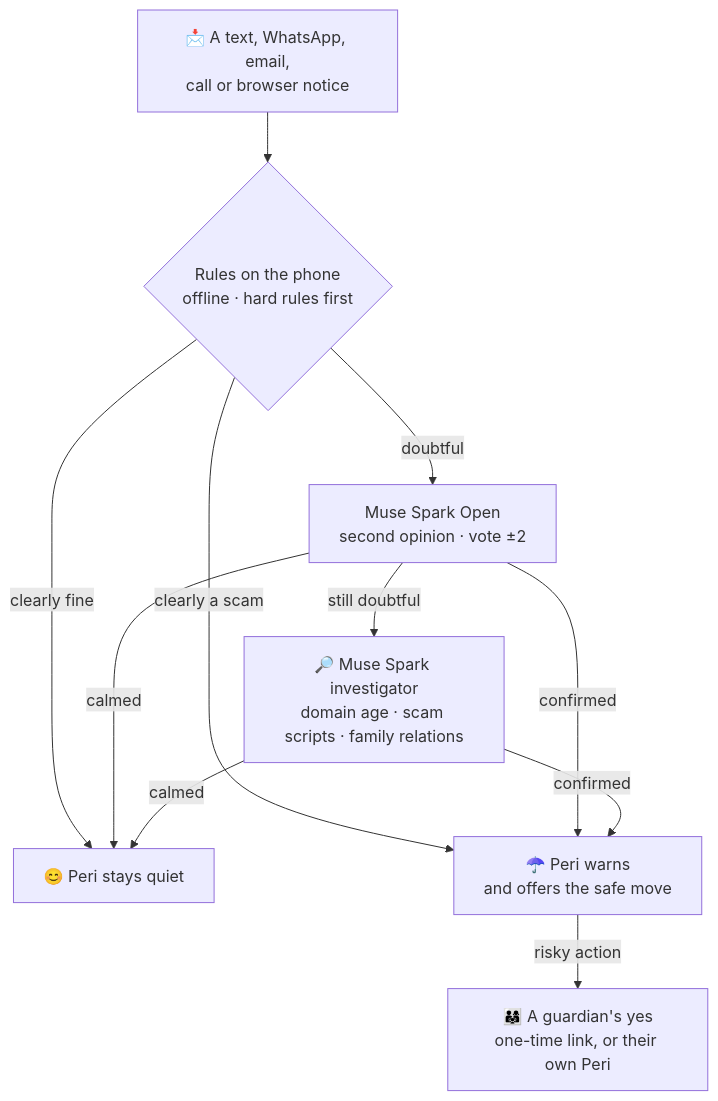
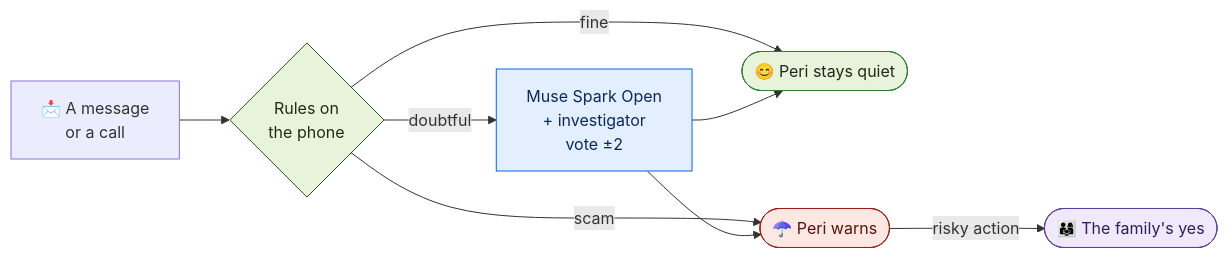
The diagram in README.md (Ruby570bocadito/FriendlyPear), drawn with Mermaid before and after one commit. The commit also changed other lines of this file and 1 other file, not shown here.

````diff
--- a/README.md
+++ b/README.md
@@ -94,13 +94,20 @@
 ```mermaid
-flowchart TD
-    A["📩 A text, WhatsApp, email,<br/>call or browser notice"] --> B{"Rules on the phone<br/>offline · hard rules first"}
-    B -->|clearly fine| Q["😊 Peri stays quiet"]
-    B -->|clearly a scam| W["☂️ Peri warns<br/>and offers the safe move"]
-    B -->|doubtful| C["Muse Spark Open<br/>second opinion · vote ±2"]
-    C -->|still doubtful| D["🔎 Muse Spark investigator<br/>domain age · scam scripts · family relations"]
-    C -->|calmed| Q
-    C -->|confirmed| W
-    D -->|calmed| Q
-    D -->|confirmed| W
-    W -->|risky action| G["👨‍👩‍👧 A guardian's yes<br/>one-time link, or their own Peri"]
+flowchart LR
+    A["📩 A message<br/>or a call"] --> B{"Rules on<br/>the phone"}
+    B -->|fine| Q(["😊 Peri stays quiet"])
+    B -->|scam| W(["☂️ Peri warns"])
+    B -->|doubtful| M["Muse Spark Open<br/>+ investigator<br/>vote ±2"]
+    M --> Q
+    M --> W
+    W -->|risky action| G(["👨‍👩‍👧 The family's yes"])
+    classDef rules fill:#E8F3DC,stroke:#25541A,color:#1F2A1A
+    classDef quiet fill:#E8F3DC,stroke:#2E7D32,color:#1F2A1A
+    classDef warn fill:#FDE7E3,stroke:#9C1F17,color:#5A120D
+    classDef model fill:#E3EEFF,stroke:#0467DF,color:#0B2A5B
+    classDef family fill:#EFE9FB,stroke:#5B3FA0,color:#2E1F57
+    class B rules
+    class Q quiet
+    class W warn
+    class M model
+    class G family
 ```
````
